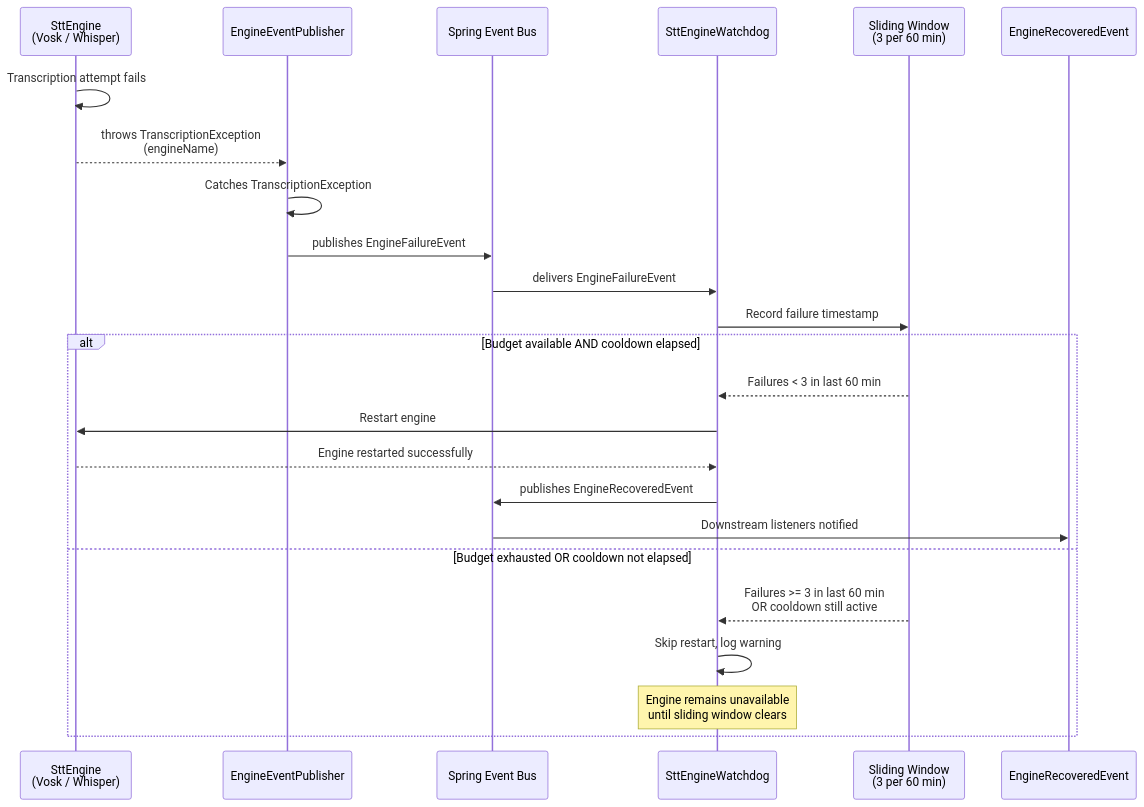
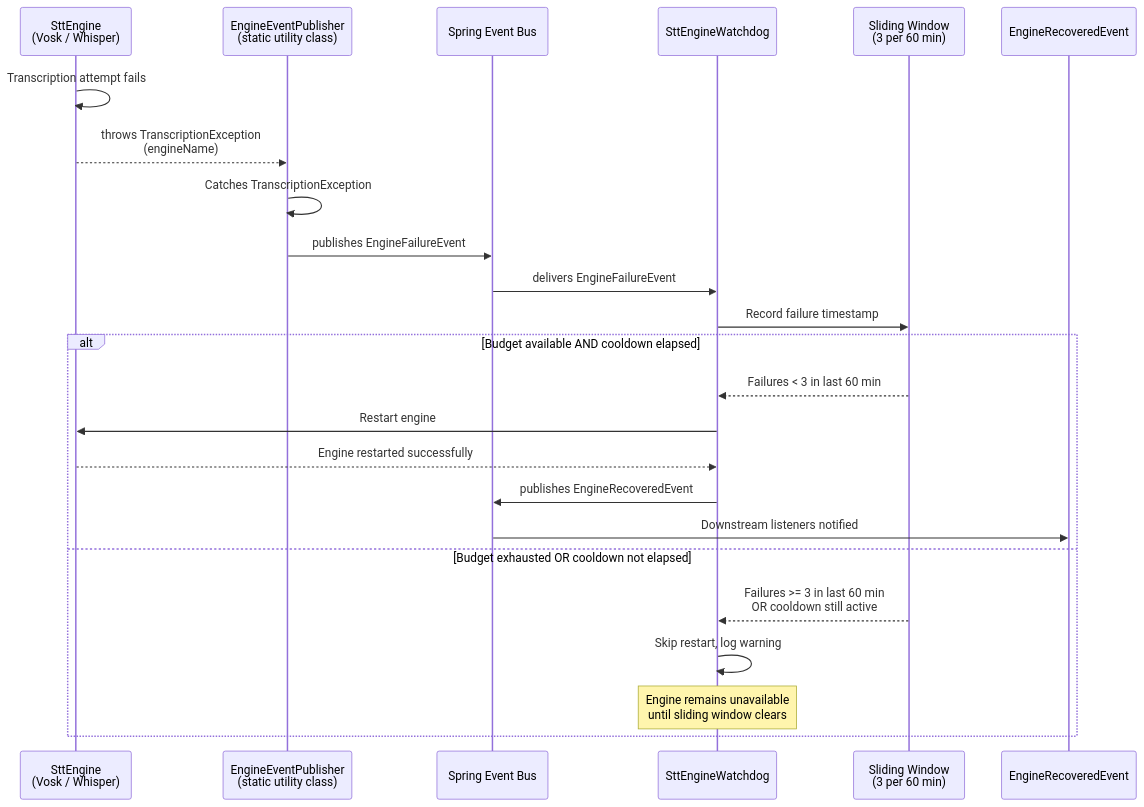
Before and after one commit to phillippitts/speakToMack: the third of 7 diagrams in docs/diagrams/exception-flow.md, drawn with Mermaid. The commit also changed other lines of this file and 499 other files, not shown here.

````diff
--- a/docs/diagrams/exception-flow.md
+++ b/docs/diagrams/exception-flow.md
@@ -105,31 +107,31 @@
 ```mermaid
 sequenceDiagram
     participant Engine as SttEngine<br/>(Vosk / Whisper)
-    participant Publisher as EngineEventPublisher
+    participant Publisher as EngineEventPublisher<br/>(static utility class)
     participant Bus as Spring Event Bus
     participant Watchdog as SttEngineWatchdog
     participant Window as Sliding Window<br/>(3 per 60 min)
     participant Recovered as EngineRecoveredEvent
 
     Engine->>Engine: Transcription attempt fails
     Engine-->>Publisher: throws TranscriptionException<br/>(engineName)
 
     Publisher->>Publisher: Catches TranscriptionException
     Publisher->>Bus: publishes EngineFailureEvent
 
     Bus->>Watchdog: delivers EngineFailureEvent
 
     Watchdog->>Window: Record failure timestamp
 
     alt Budget available AND cooldown elapsed
         Window-->>Watchdog: Failures < 3 in last 60 min
         Watchdog->>Engine: Restart engine
         Engine-->>Watchdog: Engine restarted successfully
         Watchdog->>Bus: publishes EngineRecoveredEvent
         Bus->>Recovered: Downstream listeners notified
     else Budget exhausted OR cooldown not elapsed
         Window-->>Watchdog: Failures >= 3 in last 60 min<br/>OR cooldown still active
         Watchdog->>Watchdog: Skip restart, log warning
         Note over Watchdog: Engine remains unavailable<br/>until sliding window clears
     end
 ```
````
